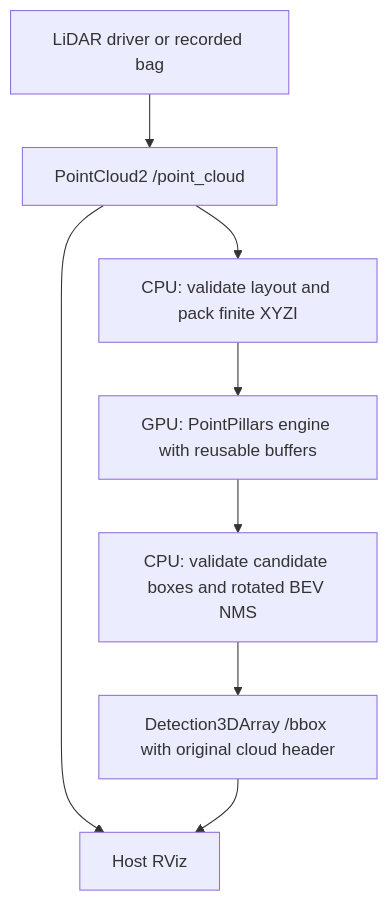
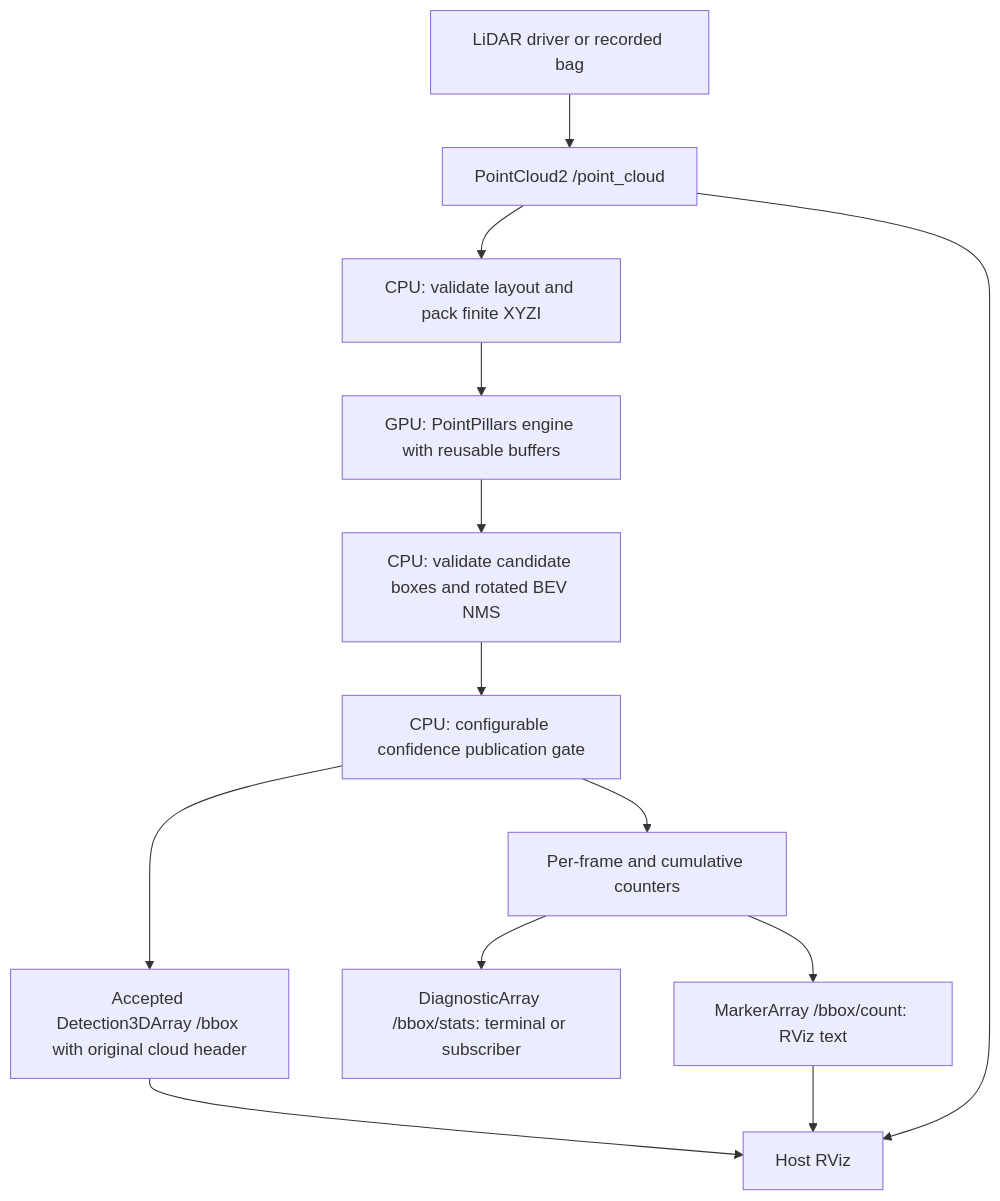
The diagram in docs/CURRENT_STATUS_AND_RESULTS.md (AhmedAliMohammed1/MasterThesis), drawn with Mermaid before and after one commit. The commit also changed other lines of this file and 7 other files, not shown here.

````diff
--- a/docs/CURRENT_STATUS_AND_RESULTS.md
+++ b/docs/CURRENT_STATUS_AND_RESULTS.md
@@ -21,10 +21,15 @@
 ```mermaid
 flowchart TD
     A[LiDAR driver or recorded bag] --> B[PointCloud2 /point_cloud]
     B --> C[CPU: validate layout and pack finite XYZI]
     C --> D[GPU: PointPillars engine with reusable buffers]
     D --> E[CPU: validate candidate boxes and rotated BEV NMS]
-    E --> F[Detection3DArray /bbox with original cloud header]
+    E --> T[CPU: configurable confidence publication gate]
+    T --> F[Accepted Detection3DArray /bbox with original cloud header]
+    T --> H[Per-frame and cumulative counters]
+    H --> I[DiagnosticArray /bbox/stats: terminal or subscriber]
+    H --> J[MarkerArray /bbox/count: RViz text]
+    J --> G
     B --> G[Host RViz]
     F --> G
 ```
````
